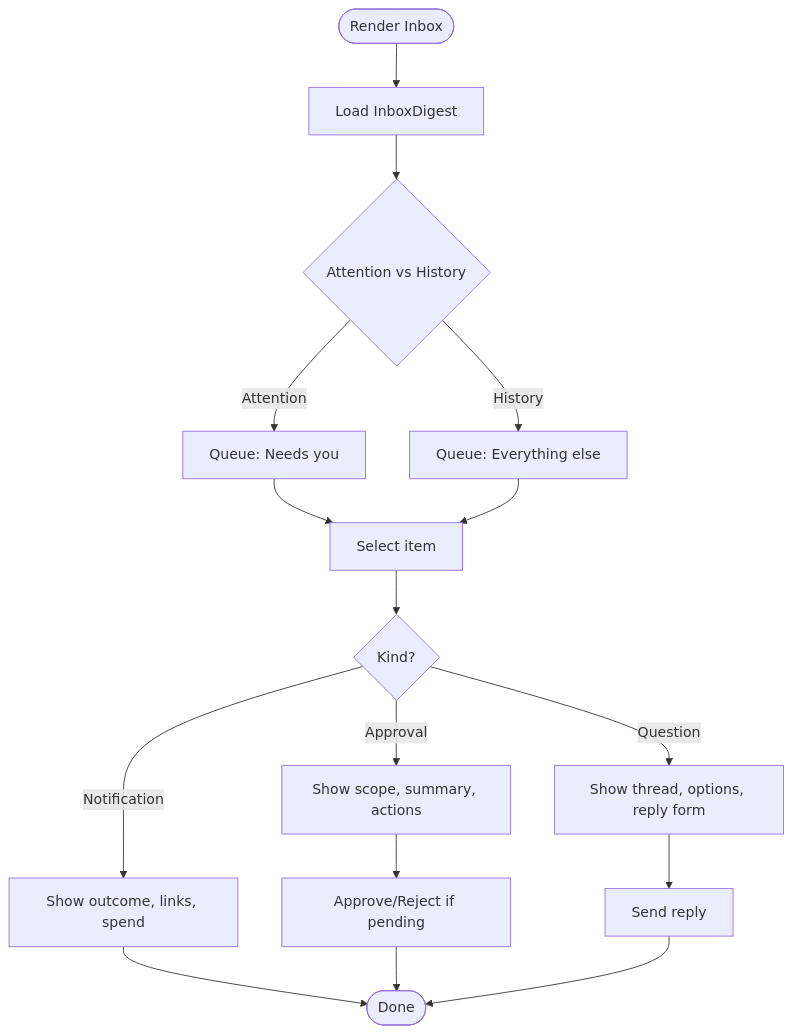
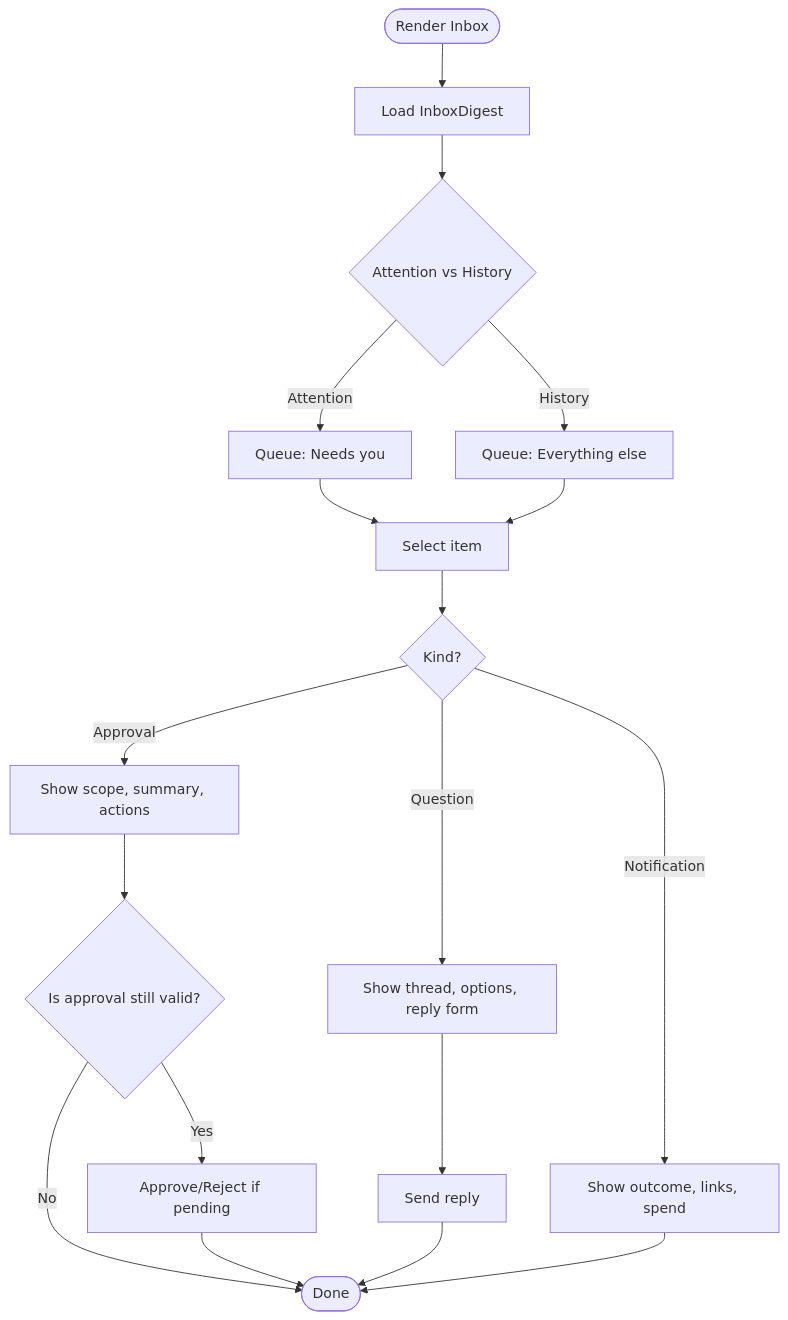
The fourth of 8 diagrams in .qoder/repowiki/en/content/Monitoring and Operations/Dashboard and User Interface/Inbox System and Approvals/Inbox System and Approvals.md (vmyazin/agent-os-passerine), drawn with Mermaid before and after one commit. The commit also changed other lines of this file and 133 other files, not shown here.

````diff
--- a/.qoder/repowiki/en/content/Monitoring and Operations/Dashboard and User Interface/Inbox System and Approvals/Inbox System and Approvals.md
+++ b/.qoder/repowiki/en/content/Monitoring and Operations/Dashboard and User Interface/Inbox System and Approvals/Inbox System and Approvals.md
@@ -235,18 +267,20 @@
 ```mermaid
 flowchart TD
 Start(["Render Inbox"]) --> Load["Load InboxDigest"]
 Load --> Split{"Attention vs History"}
 Split --> |Attention| QueueA["Queue: Needs you"]
 Split --> |History| QueueB["Queue: Everything else"]
 QueueA --> Select["Select item"]
 QueueB --> Select
 Select --> Detail{"Kind?"}
 Detail --> |Approval| ShowApproval["Show scope, summary, actions"]
 Detail --> |Question| ShowThread["Show thread, options, reply form"]
 Detail --> |Notification| ShowNotify["Show outcome, links, spend"]
-ShowApproval --> Actions["Approve/Reject if pending"]
+ShowApproval --> Actions{"Is approval still valid?"}
+Actions --> |No| End(["Done"])
+Actions --> |Yes| ApproveReject["Approve/Reject if pending"]
 ShowThread --> Reply["Send reply"]
-ShowNotify --> End(["Done"])
-Actions --> End
+ShowNotify --> End
+ApproveReject --> End
 Reply --> End
 ```
````
